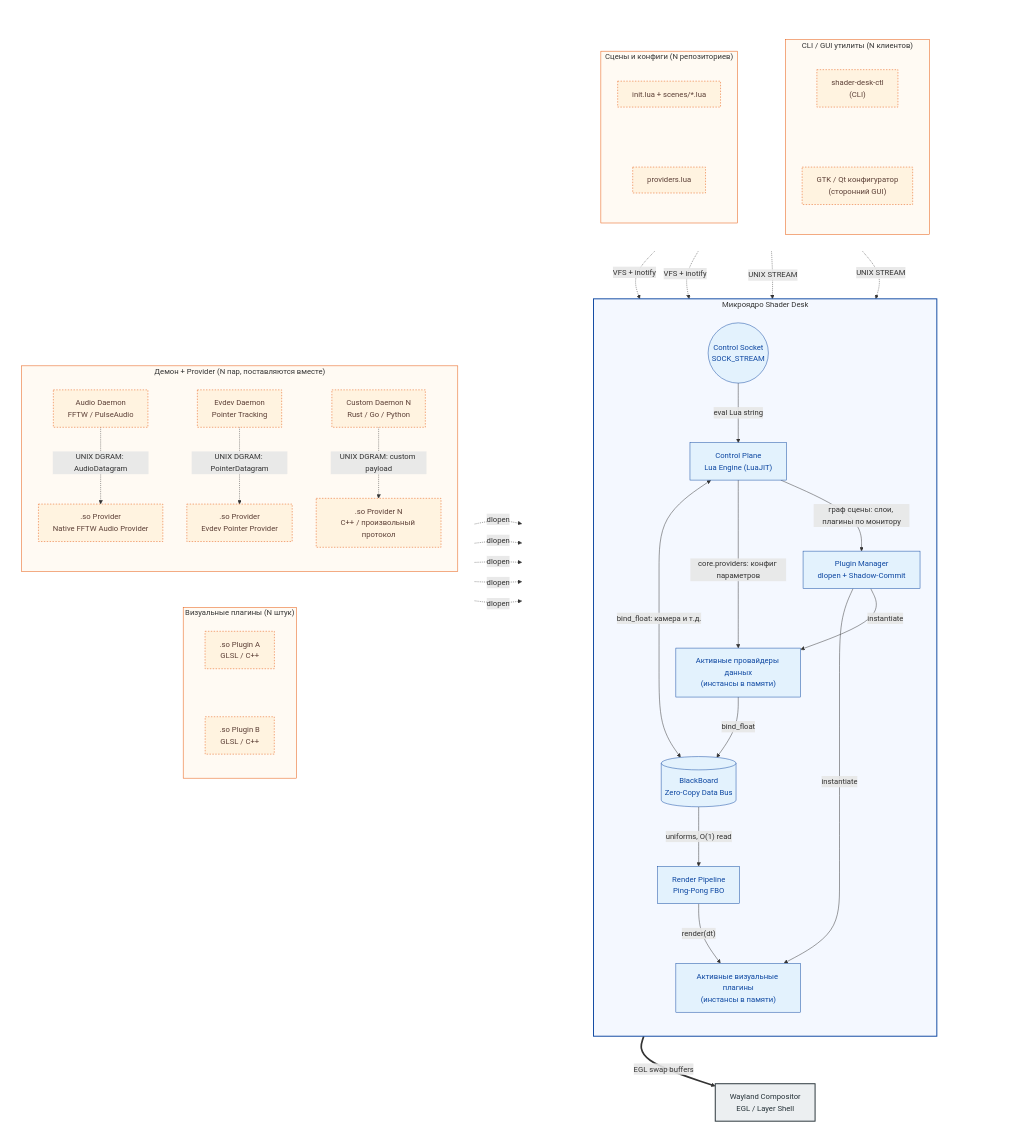
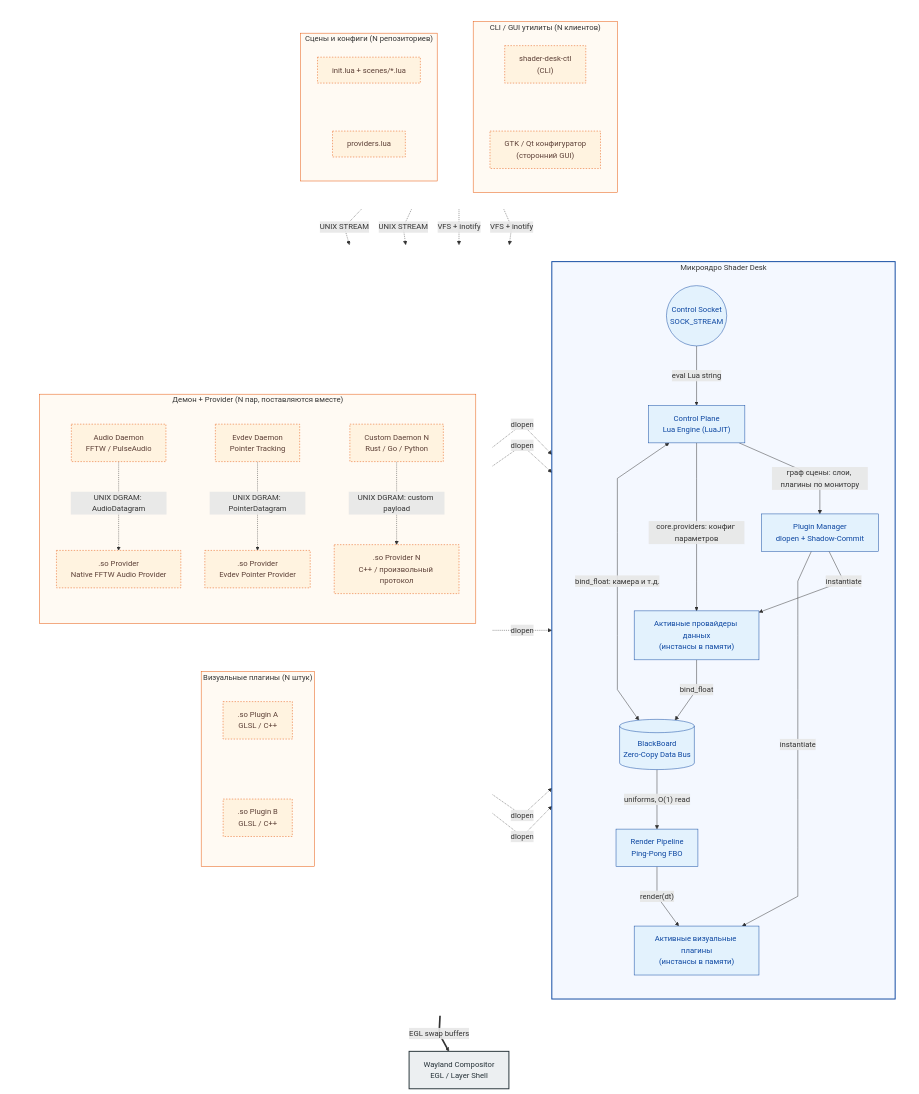
Before and after one commit to KMartianov/shader-desk: the diagram in docs/ru/explanation/architecture-overview.md, drawn with Mermaid. The commit also changed other lines of this file, not shown here.

````diff
--- a/docs/ru/explanation/architecture-overview.md
+++ b/docs/ru/explanation/architecture-overview.md
@@ -13,66 +9,61 @@
 ```mermaid
-flowchart LR
-    %% 1. ГЛОБАЛЬНАЯ СЕТКА: Слева направо. Гарантирует, что левая колонка всегда слева.
-
-    subgraph LEFT_COL [" "]
-        direction TB
-        %% Направление сверху-вниз для левого столбца
+%%{init: {"flowchart": {"curve": "linear"}}}%%
+flowchart TD
+    subgraph TOP_ROW [" "]
+        direction LR
         
-        subgraph DATA_PAIRS ["Демон + Provider (N пар, поставляются вместе)"]
+        subgraph SCENES ["Сцены и конфиги (N репозиториев)"]
             direction TB
-            DA1["Audio Daemon<br/>FFTW / PulseAudio"]
-            DP_A[".so Provider<br/>Native FFTW Audio Provider"]
-            DA1 -. "UNIX DGRAM: AudioDatagram" .-> DP_A
-
-            DA2["Evdev Daemon<br/>Pointer Tracking"]
-            DP_P[".so Provider<br/>Evdev Pointer Provider"]
-            DA2 -. "UNIX DGRAM: PointerDatagram" .-> DP_P
-
-            DA3["Custom Daemon N<br/>Rust / Go / Python"]
-            DP_C[".so Provider N<br/>C++ / произвольный протокол"]
-            DA3 -. "UNIX DGRAM: custom payload" .-> DP_C
-        end
-
-        subgraph VPLUGINS ["Визуальные плагины (N штук)"]
-            direction TB
-            VP1[".so Plugin A<br/>GLSL / C++"]
-            VP2[".so Plugin B<br/>GLSL / C++"]
-            VP1 ~~~ VP2
+            SC1["init.lua + scenes/*.lua"]
+            SC2["providers.lua"]
+            SC1 ~~~ SC2
         end
         
-        %% Жестко ставим плагины под демонами
-        DATA_PAIRS ~~~ VPLUGINS
+        subgraph CLIENTS ["CLI / GUI утилиты (N клиентов)"]
+            direction TB
+            CL1["shader-desk-ctl<br/>(CLI)"]
+            CL2["GTK / Qt конфигуратор<br/>(сторонний GUI)"]
+            CL1 ~~~ CL2
+        end
+        
+        %% Распорка: Форсирует строго горизонтальное расположение в строке
+        SCENES ~~~ CLIENTS
     end
 
-    subgraph RIGHT_COL [" "]
-        direction TB
-        %% 2. ПРАВАЯ КОЛОНКА: Сверху вниз. Гарантирует, что TOP_ROW будет строго над KERNEL.
+    subgraph MIDROW [" "]
+        direction LR
 
-        subgraph TOP_ROW [" "]
-            direction LR
-            %% Горизонтальная строка для верхних блоков
+        subgraph LEFT_COL [" "]
+            direction TB
             
-            subgraph SCENES ["Сцены и конфиги (N репозиториев)"]
+            subgraph DATA_PAIRS ["Демон + Provider (N пар, поставляются вместе)"]
                 direction TB
-                SC1["init.lua + scenes/*.lua"]
-                SC2["providers.lua"]
-                SC1 ~~~ SC2
+                DA1["Audio Daemon<br/>FFTW / PulseAudio"]
+                DP_A[".so Provider<br/>Native FFTW Audio Provider"]
+                DA1 -. "UNIX DGRAM: AudioDatagram" .-> DP_A
+
+                DA2["Evdev Daemon<br/>Pointer Tracking"]
+                DP_P[".so Provider<br/>Evdev Pointer Provider"]
+                DA2 -. "UNIX DGRAM: PointerDatagram" .-> DP_P
+
+                DA3["Custom Daemon N<br/>Rust / Go / Python"]
+                DP_C[".so Provider N<br/>C++ / произвольный протокол"]
+                DA3 -. "UNIX DGRAM: custom payload" .-> DP_C
+            end
+
+            subgraph VPLUGINS ["Визуальные плагины (N штук)"]
+                direction TB
+                VP1[".so Plugin A<br/>GLSL / C++"]
+                VP2[".so Plugin B<br/>GLSL / C++"]
+                VP1 ~~~ VP2
             end
             
-            subgraph CLIENTS ["CLI / GUI утилиты (N клиентов)"]
-                direction TB
-                CL1["shader-desk-ctl<br/>(CLI)"]
-                CL2["GTK / Qt конфигуратор<br/>(сторонний GUI)"]
-                CL1 ~~~ CL2
-            end
-            
-            %% Жестко ставим их бок о бок
-            SCENES ~~~ CLIENTS
+            %% Распорка: Форсирует строго вертикальное расположение столбца
+            DATA_PAIRS ~~~ VPLUGINS
         end
 
         subgraph KERNEL ["Микроядро Shader Desk"]
             direction TB
-            
             IPC_CTL(("Control Socket<br/>SOCK_STREAM"))
             LUA["Control Plane<br/>Lua Engine (LuaJIT)"]
             BB[("BlackBoard<br/>Zero-Copy Data Bus")]
@@ -81,7 +72,6 @@
             VP_SLOT["Активные визуальные плагины<br/>(инстансы в памяти)"]
             RM["Render Pipeline<br/>Ping-Pong FBO"]
 
-            %% Логика внутри ядра (естественное ветвление сделает его прямоугольным 4:3)
             IPC_CTL -->|"eval Lua string"| LUA
             LUA <-->|"bind_float: камера и т.д."| BB
             LUA -->|"core.providers: конфиг параметров"| DP_SLOT
@@ -92,29 +82,24 @@
             BB -->|"uniforms, O(1) read"| RM
             RM -->|"render(dt)"| VP_SLOT
         end
-        
-        W["Wayland Compositor<br/>EGL / Layer Shell"]
-
-        %% Выстраиваем их по вертикали с помощью невидимых связей
-        TOP_ROW ~~~ KERNEL
-        KERNEL ~~~ W
     end
 
-    %% Жестко связываем левую и правую макро-колонки
-    LEFT_COL ~~~ RIGHT_COL
+    W["Wayland Compositor<br/>EGL / Layer Shell"]
 
-    %% =======================================================
-    %% КРОСС-БЛОЧНЫЕ СВЯЗИ (теперь они не ломают макет)
-    %% =======================================================
+    %% Каркас между строками
+    TOP_ROW ~~~ MIDROW
+    MIDROW ~~~ W
+
+    %% ========================================================
+    %% КРОСС-СВЯЗИ (Абсолютно оригинальные, без изменения)
+    %% ========================================================
     
-    %% Слева-направо:
     DP_A -. "dlopen" .-> PM
     DP_P -. "dlopen" .-> PM
     DP_C -. "dlopen" .-> PM
     VP1 -. "dlopen" .-> PM
     VP2 -. "dlopen" .-> PM
 
-    %% Сверху-вниз:
     CL1 -. "UNIX STREAM" .-> IPC_CTL
     CL2 -. "UNIX STREAM" .-> IPC_CTL
     SC1 -. "VFS + inotify" .-> LUA
@@ -122,9 +107,9 @@
 
     RM ==>|"EGL swap buffers"| W
 
-    %% =======================================================
-    %% СТИЛИЗАЦИЯ И СКРЫТИЕ СЛУЖЕБНОЙ СЕТКИ
-    %% =======================================================
+    %% ========================================================
+    %% СТИЛИ
+    %% ========================================================
     
     classDef eco fill:#fff3e0,stroke:#e65100,stroke-width:1px,stroke-dasharray: 3 3,color:#5d4037;
     classDef kernelNode fill:#e3f2fd,stroke:#0d47a1,stroke-width:1px,color:#0d47a1;
@@ -134,11 +119,9 @@
     class IPC_CTL,LUA,BB,PM,DP_SLOT,VP_SLOT,RM kernelNode
     class W sink
 
-    %% Делаем контейнеры сетки полностью невидимыми
+    style TOP_ROW fill:none,stroke:none
+    style MIDROW fill:none,stroke:none
     style LEFT_COL fill:none,stroke:none
-    style RIGHT_COL fill:none,stroke:none
-    style TOP_ROW fill:none,stroke:none
-    
     style DATA_PAIRS fill:#fffaf3,stroke:#e65100,stroke-width:1px
     style VPLUGINS fill:#fffaf3,stroke:#e65100,stroke-width:1px
     style SCENES fill:#fffaf3,stroke:#e65100,stroke-width:1px
````
